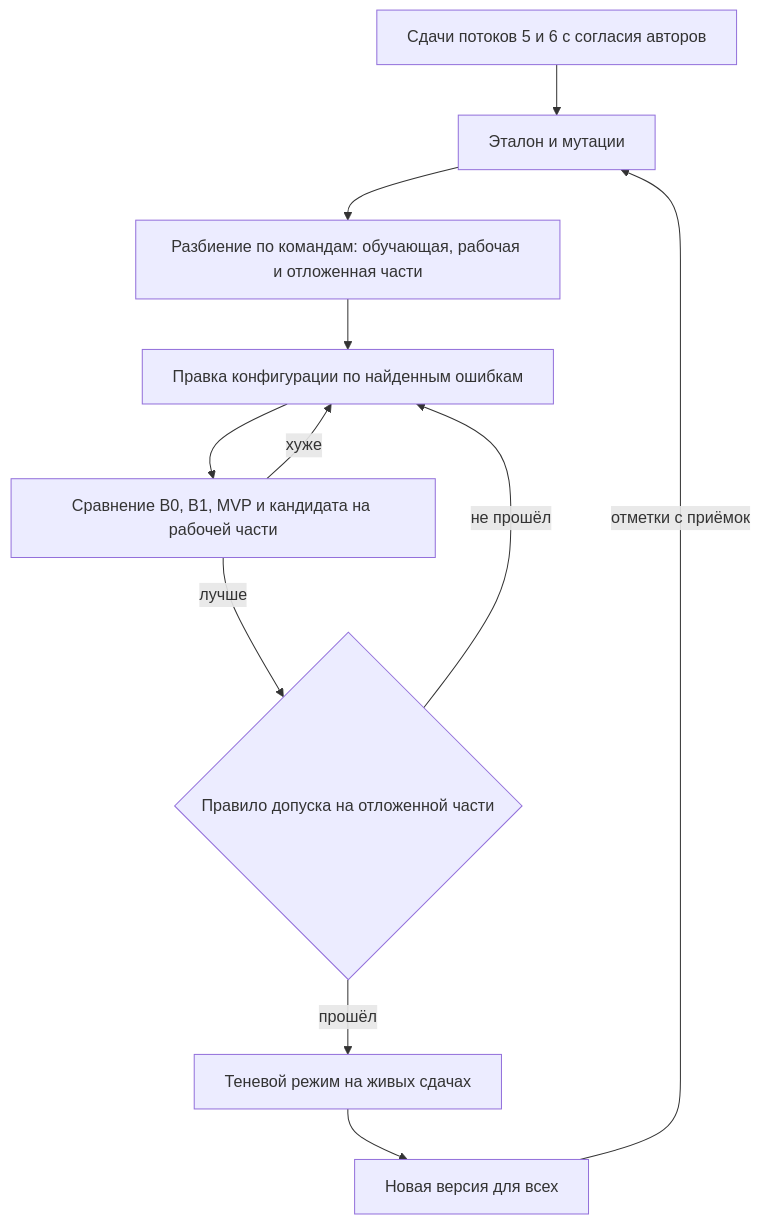
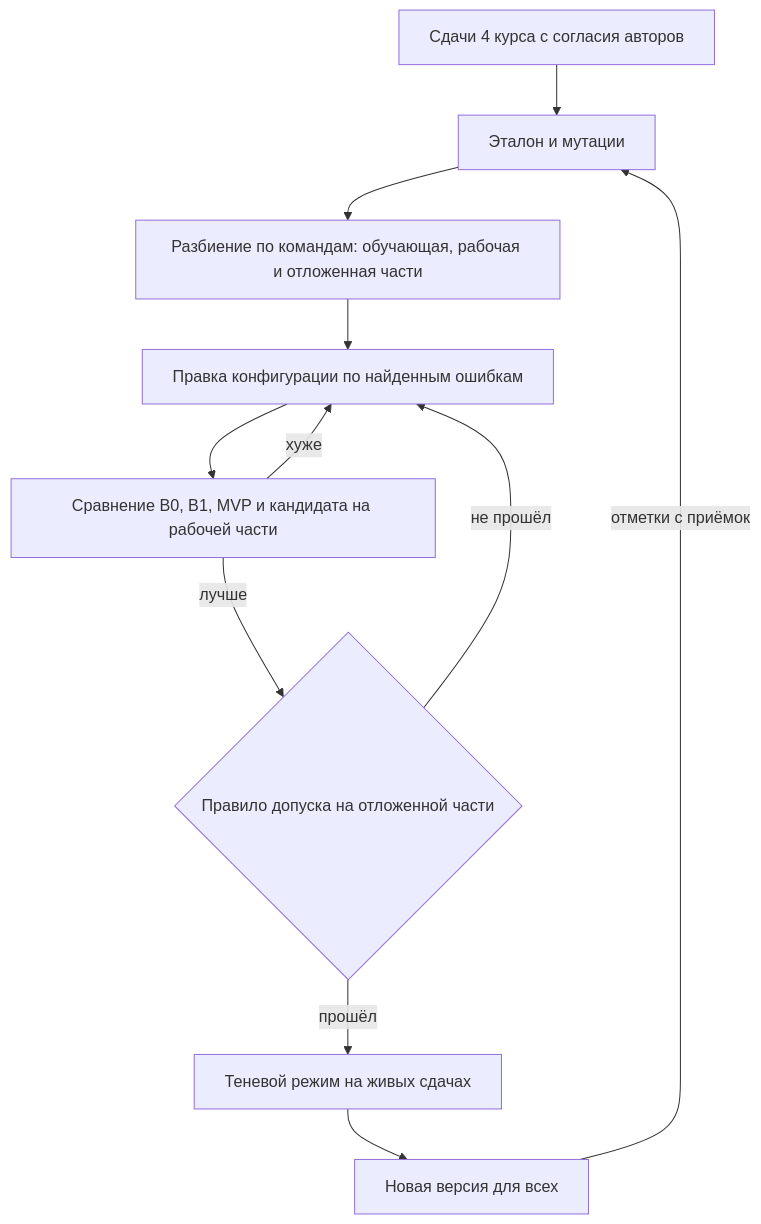
The sixth of 6 diagrams in docs/ml_system_design_doc.md (ChS23/mlsd-judge), drawn with Mermaid before and after one commit. The commit also changed other lines of this file, not shown here.

````diff
--- a/docs/ml_system_design_doc.md
+++ b/docs/ml_system_design_doc.md
@@ -481,14 +481,14 @@
 ```mermaid
 %%{init: {"flowchart": {"wrappingWidth": 360}}}%%
 flowchart TB
-    LIVE[Сдачи потоков 5 и 6 с согласия авторов] --> GOLD[Эталон и мутации]
+    LIVE[Сдачи 4 курса с согласия авторов] --> GOLD[Эталон и мутации]
     GOLD --> SPLIT[Разбиение по командам: обучающая, рабочая и отложенная части]
     SPLIT --> TUNE[Правка конфигурации по найденным ошибкам]
     TUNE --> EVAL[Сравнение B0, B1, MVP и кандидата на рабочей части]
     EVAL -->|хуже| TUNE
     EVAL -->|лучше| GATE{Правило допуска на отложенной части}
     GATE -->|не прошёл| TUNE
     GATE -->|прошёл| SHADOW[Теневой режим на живых сдачах]
     SHADOW --> SWITCH[Новая версия для всех]
     SWITCH -->|отметки с приёмок| GOLD
 ```
````
